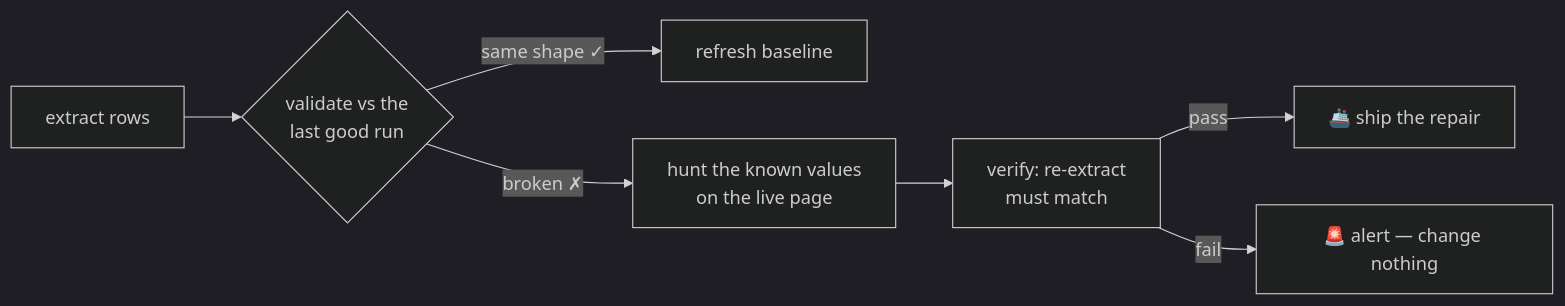
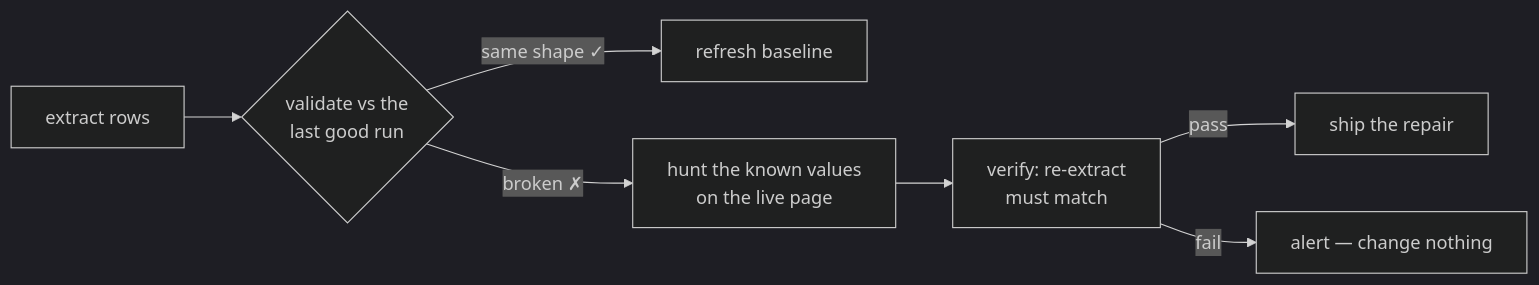
Before and after one commit to Swastikbhat-lab/scrape-heal: the diagram in README.md, drawn with Mermaid (dark theme).

Commit message:
Fix formatting in README for shipping process

````diff
--- a/README.md
+++ b/README.md
@@ -24,9 +24,9 @@
 ```mermaid
 flowchart LR
     A["extract rows"] --> B{"validate vs the<br/>last good run"}
     B -->|"same shape ✓"| C["refresh baseline"]
     B -->|"broken ✗"| D["hunt the known values<br/>on the live page"]
     D --> E["verify: re-extract<br/>must match"]
-    E -->|"pass"| F["🚢 ship the repair"]
-    E -->|"fail"| G["🚨 alert — change nothing"]
+    E -->|"pass"| F[" ship the repair"]
+    E -->|"fail"| G[" alert — change nothing"]
 ```
````
